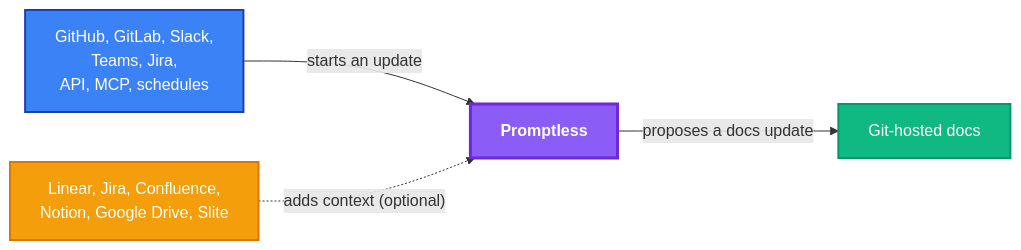
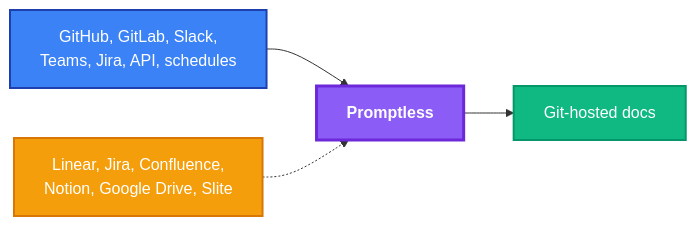
One commit to Promptless/promptless.ai changed the diagram in src/diagrams/how-it-works.mmd. Above: the diagram before and after it, drawn with Mermaid. The commit also changed 1 other file, not shown here.

Commit message:
docs: Remove edge labels and MCP from How Promptless works diagram

```diff
--- a/src/diagrams/how-it-works.mmd
+++ b/src/diagrams/how-it-works.mmd
@@ -1,20 +1,20 @@
 ---
 config:
   fontFamily: "arial, helvetica, sans-serif"
 ---
 %% mmdc-width: 800
 
 flowchart LR
-  TRIGGERS["GitHub, GitLab, Slack,<br/>Teams, Jira,<br/>API, MCP, schedules"]
+  TRIGGERS["GitHub, GitLab, Slack,<br/>Teams, Jira, API, schedules"]
   CONTEXT["Linear, Jira, Confluence,<br/>Notion, Google Drive, Slite"]
   PROMPTLESS["<b>Promptless</b>"]
   DOCS["Git-hosted docs"]
 
-  TRIGGERS -- "starts an update" --> PROMPTLESS
-  CONTEXT -. "adds context (optional)" .-> PROMPTLESS
-  PROMPTLESS -- "proposes a docs update" --> DOCS
+  TRIGGERS --> PROMPTLESS
+  CONTEXT -.-> PROMPTLESS
+  PROMPTLESS --> DOCS
 
   style TRIGGERS fill:#3b82f6,stroke:#1e40af,stroke-width:2px,color:#fff
   style CONTEXT fill:#f59e0b,stroke:#d97706,stroke-width:2px,color:#fff
   style PROMPTLESS fill:#8b5cf6,stroke:#6d28d9,stroke-width:3px,color:#fff
   style DOCS fill:#10b981,stroke:#059669,stroke-width:2px,color:#fff
```
